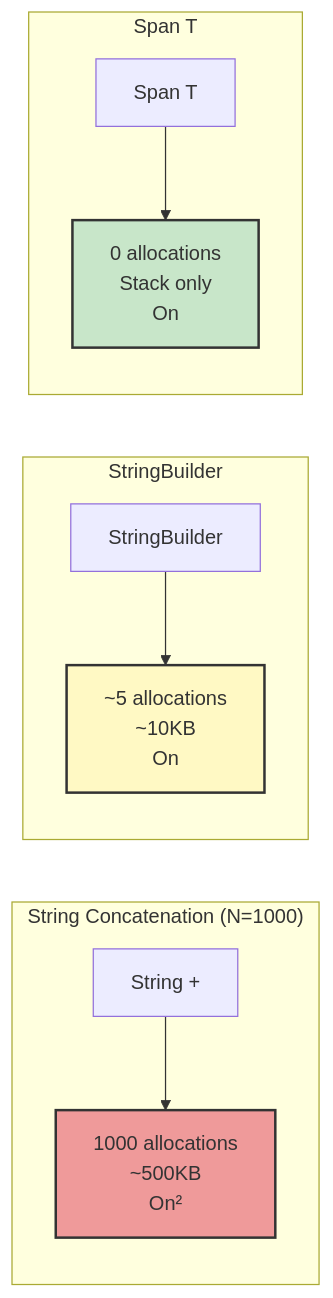
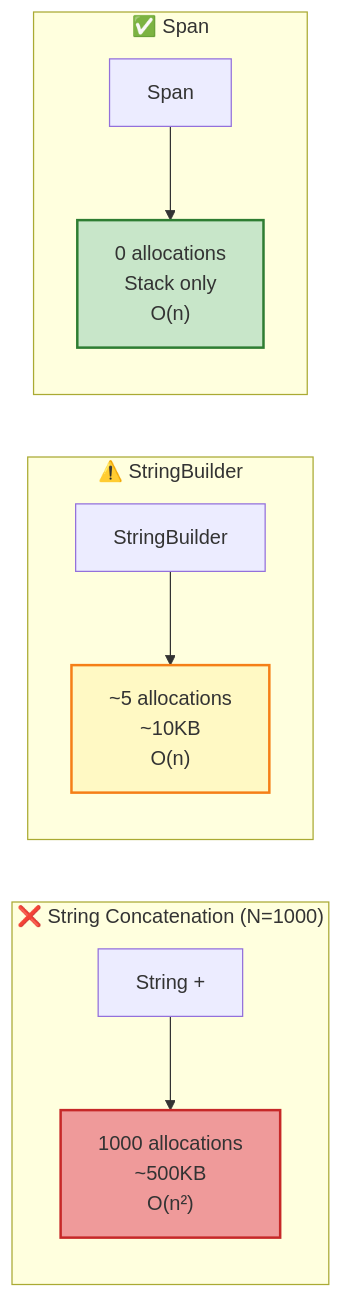
The second of 8 diagrams in C# fundamentals/day13-performance.md (NguyenPhamCode4You/ai-home-lab-docker-compose), drawn with Mermaid before and after one commit. The commit also changed other lines of this file and 1 other file, not shown here.

````diff
--- a/C# fundamentals/day13-performance.md
+++ b/C# fundamentals/day13-performance.md
@@ -41,18 +45,18 @@
 ```mermaid
-graph LR
-    subgraph "String Concatenation (N=1000)"
-        A1[String +] --> B1[1000 allocations<br/>~500KB<br/>On²]
+flowchart LR
+    subgraph S1["❌ String Concatenation (N=1000)"]
+        A1["String +"] --> B1["1000 allocations<br/>~500KB<br/>O(n²)"]
     end
 
-    subgraph "StringBuilder"
-        A2[StringBuilder] --> B2[~5 allocations<br/>~10KB<br/>On]
+    subgraph S2["⚠️ StringBuilder"]
+        A2["StringBuilder"] --> B2["~5 allocations<br/>~10KB<br/>O(n)"]
     end
 
-    subgraph "Span T"
-        A3[Span T] --> B3[0 allocations<br/>Stack only<br/>On]
+    subgraph S3["✅ Span<T>"]
+        A3["Span<T>"] --> B3["0 allocations<br/>Stack only<br/>O(n)"]
     end
 
-    style B1 fill:#ef9a9a,stroke:#333,stroke-width:2px
-    style B2 fill:#fff9c4,stroke:#333,stroke-width:2px
-    style B3 fill:#c8e6c9,stroke:#333,stroke-width:2px
+    style B1 fill:#ef9a9a,stroke:#c62828,stroke-width:2px
+    style B2 fill:#fff9c4,stroke:#f57f17,stroke-width:2px
+    style B3 fill:#c8e6c9,stroke:#2e7d32,stroke-width:2px
 ```
````
